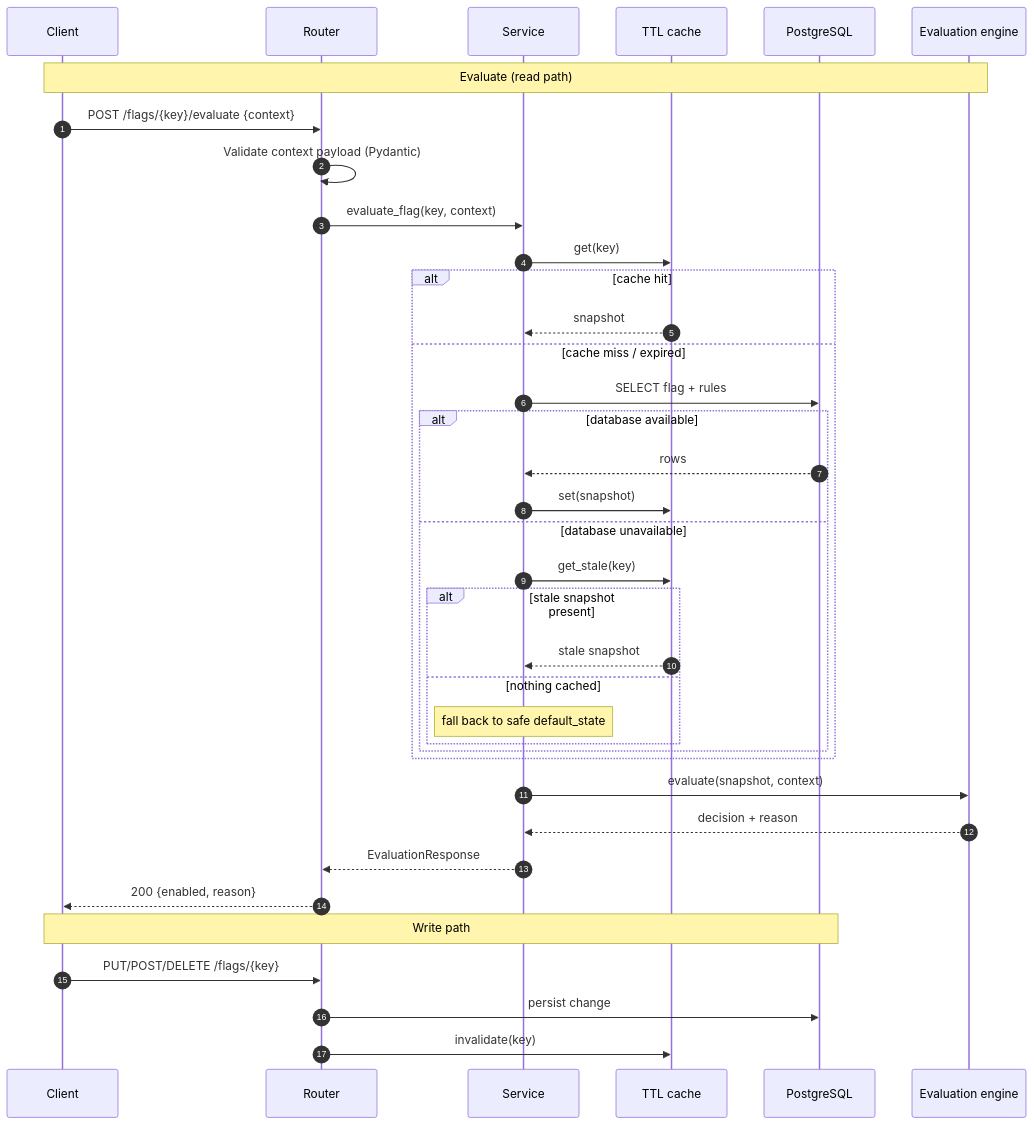
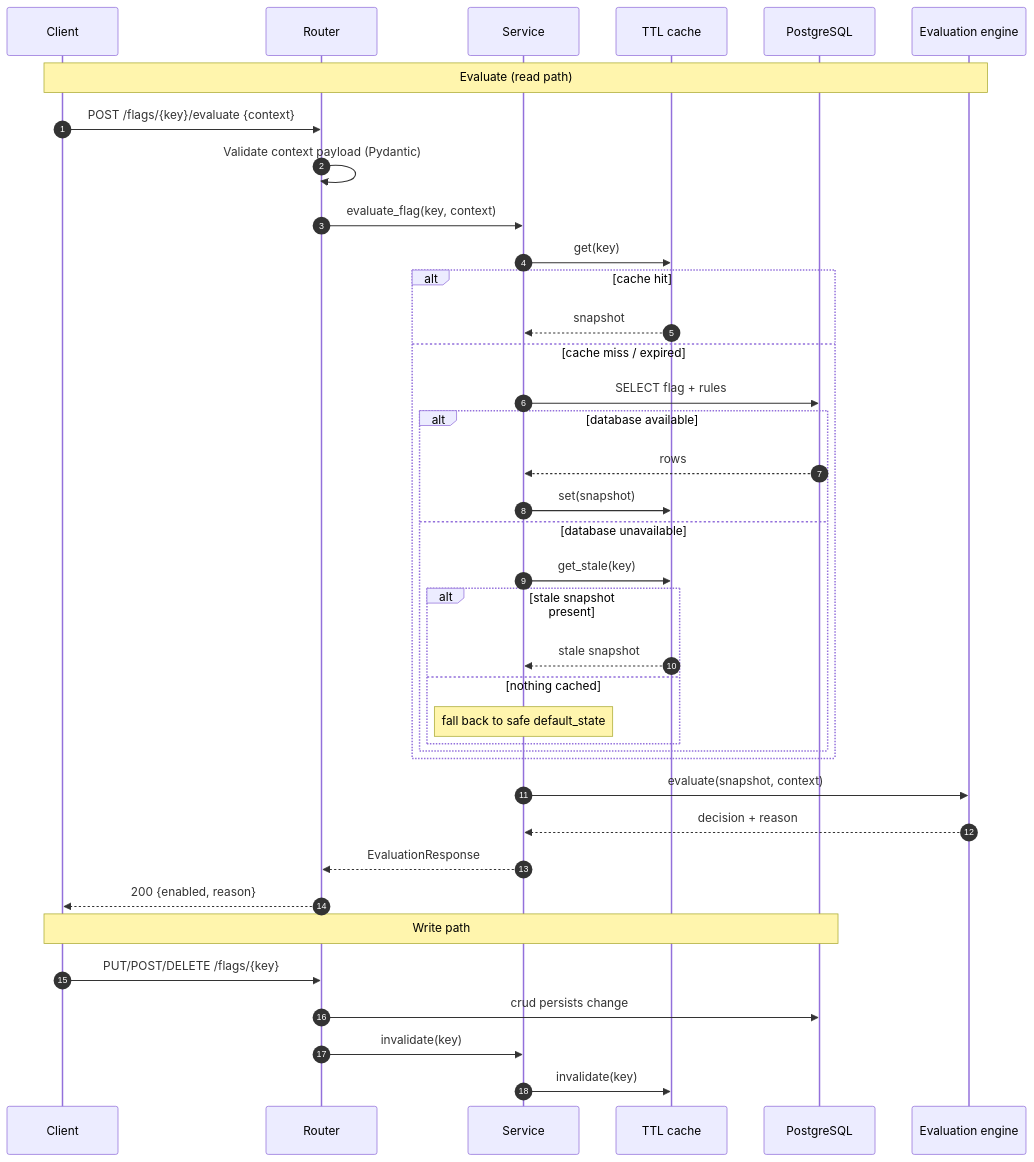
Before and after one commit to snigdha321/feature-flag-service: the third of 3 diagrams in README.md, drawn with Mermaid. The commit also changed other lines of this file, not shown here.

Commit message:
docs: correct architecture diagram layering in README

````diff
--- a/README.md
+++ b/README.md
@@ -77,41 +78,42 @@
 ```mermaid
 sequenceDiagram
     autonumber
     participant C as Client
     participant R as Router
     participant S as Service
     participant $ as TTL cache
     participant DB as PostgreSQL
     participant E as Evaluation engine
 
     Note over C,E: Evaluate (read path)
     C->>R: POST /flags/{key}/evaluate {context}
     R->>R: Validate context payload (Pydantic)
     R->>S: evaluate_flag(key, context)
     S->>$: get(key)
     alt cache hit
         $-->>S: snapshot
     else cache miss / expired
         S->>DB: SELECT flag + rules
         alt database available
             DB-->>S: rows
             S->>$: set(snapshot)
         else database unavailable
             S->>$: get_stale(key)
             alt stale snapshot present
                 $-->>S: stale snapshot
             else nothing cached
                 Note over S: fall back to safe default_state
             end
         end
     end
     S->>E: evaluate(snapshot, context)
     E-->>S: decision + reason
     S-->>R: EvaluationResponse
     R-->>C: 200 {enabled, reason}
 
     Note over C,DB: Write path
     C->>R: PUT/POST/DELETE /flags/{key}
-    R->>DB: persist change
-    R->>$: invalidate(key)
+    R->>DB: crud persists change
+    R->>S: invalidate(key)
+    S->>$: invalidate(key)
 ```
````
